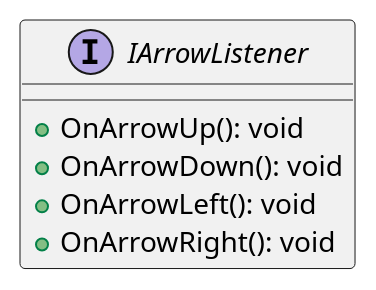
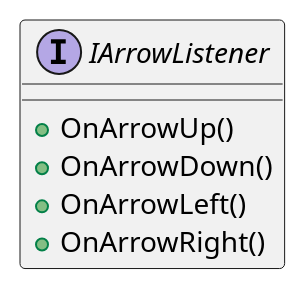
Before and after one commit to vadimvatsenko/Snake_Console: the diagram in Snake_Console/Diagramm/IArrowListener.puml, drawn with PlantUML. The commit also changed 7 other files, not shown here.

Commit message:
Edit Diagramm and add some Discription

```diff
--- a/Snake_Console/Diagramm/IArrowListener.puml
+++ b/Snake_Console/Diagramm/IArrowListener.puml
@@ -1,11 +1,11 @@
 @startuml
 interface IArrowListener
 {
-    + OnArrowUp(): void
-    + OnArrowDown(): void
-    + OnArrowLeft(): void
-    + OnArrowRight(): void
+    + OnArrowUp()
+    + OnArrowDown()
+    + OnArrowLeft()
+    + OnArrowRight()
 }
 
 
 @enduml
```
